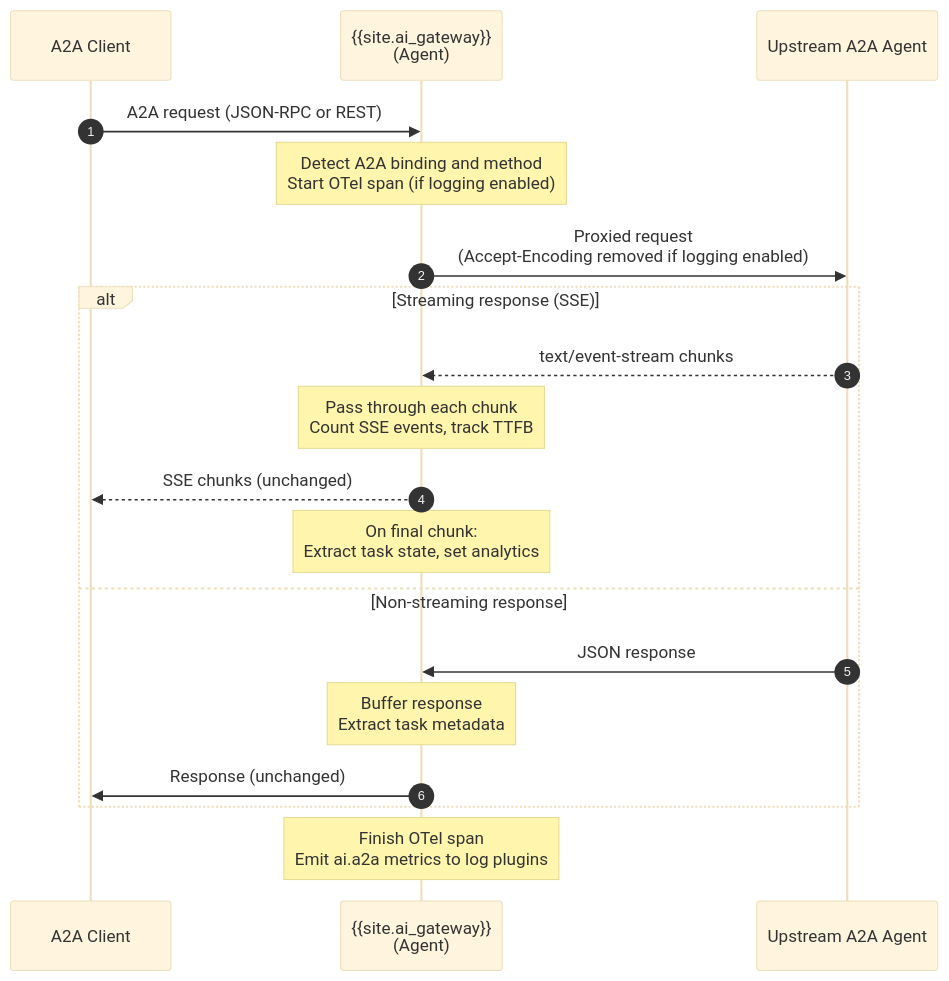
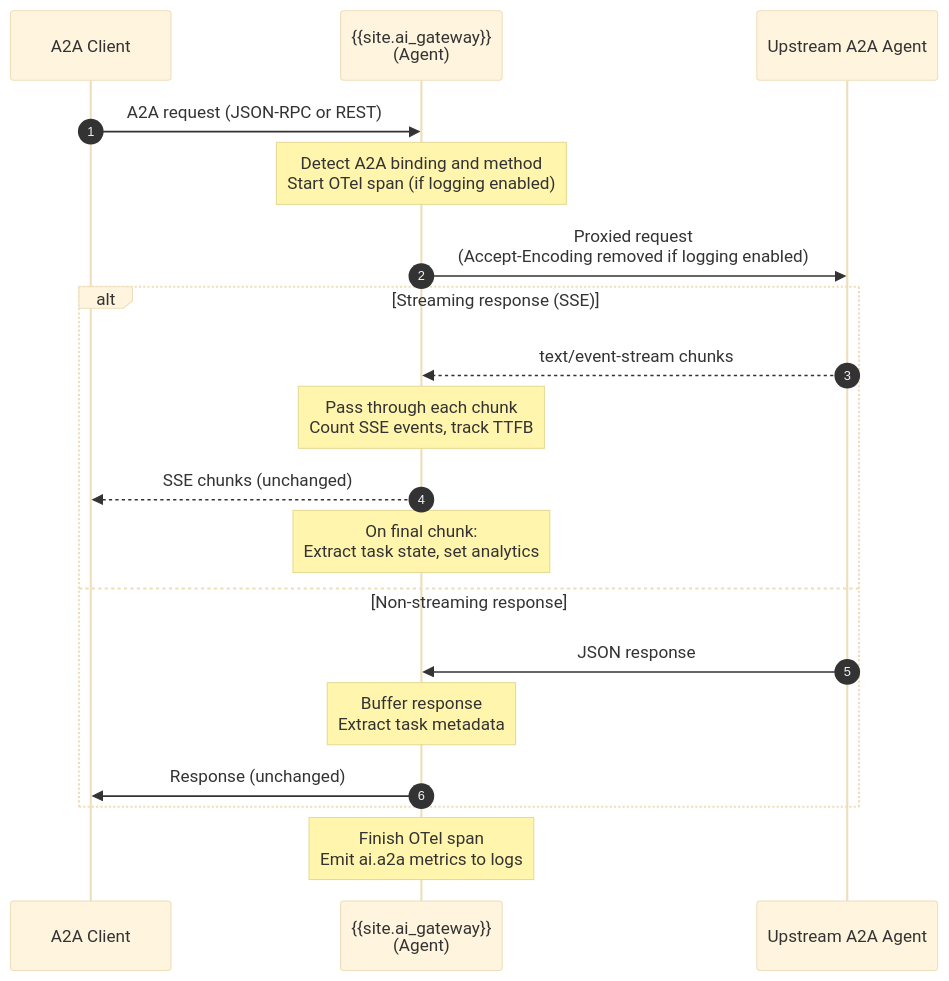
The diagram in app/_ai_gateway_entities/ai-agent.md (Kong/developer.konghq.com), drawn with Mermaid (base theme) before and after one commit. The commit also changed other lines of this file and 6 other files, not shown here.

```diff
--- a/app/_ai_gateway_entities/ai-agent.md
+++ b/app/_ai_gateway_entities/ai-agent.md
@@ -111,25 +111,25 @@
 {% mermaid %}
 sequenceDiagram
     autonumber
     participant Client as A2A Client
     participant Gateway as {{site.ai_gateway}}<br>(Agent)
     participant Agent as Upstream A2A Agent
 
     Client->>Gateway: A2A request (JSON-RPC or REST)
     Note over Gateway: Detect A2A binding and method<br>Start OTel span (if logging enabled)
 
     Gateway->>Agent: Proxied request<br>(Accept-Encoding removed if logging enabled)
 
     alt Streaming response (SSE)
         Agent-->>Gateway: text/event-stream chunks
         Note over Gateway: Pass through each chunk<br>Count SSE events, track TTFB
         Gateway-->>Client: SSE chunks (unchanged)
         Note over Gateway: On final chunk:<br>Extract task state, set analytics
     else Non-streaming response
         Agent->>Gateway: JSON response
         Note over Gateway: Buffer response<br>Extract task metadata
         Gateway->>Client: Response (unchanged)
     end
 
-    Note over Gateway: Finish OTel span<br>Emit ai.a2a metrics to log plugins
+    Note over Gateway: Finish OTel span<br>Emit ai.a2a metrics to logs
 {% endmermaid %}
```
